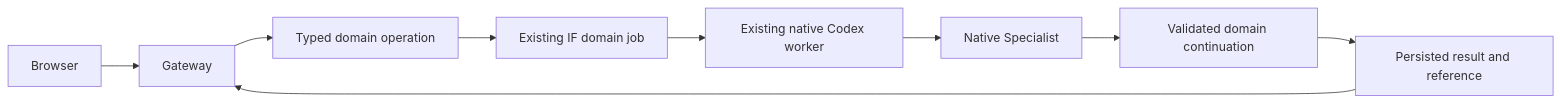
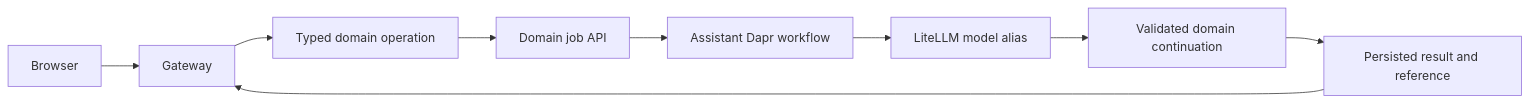
Before and after one commit to PierreStephaneVoltaire/ai-powerlifting: diagram 13 of 13 in docs/ARCHITECTURE.md, drawn with Mermaid. The commit also changed other lines of this file and 114 other files, not shown here.

````diff
--- a/docs/ARCHITECTURE.md
+++ b/docs/ARCHITECTURE.md
@@ -846,11 +841,11 @@
 ```mermaid
 flowchart LR
   Browser --> Gateway
   Gateway --> Domain[Typed domain operation]
-  Domain --> Job[Existing IF domain job]
-  Job --> Worker[Existing native Codex worker]
-  Worker --> Specialist[Native Specialist]
-  Specialist --> Resume[Validated domain continuation]
+  Domain --> Job[Domain job API]
+  Job --> Worker[Assistant Dapr workflow]
+  Worker --> Model[LiteLLM model alias]
+  Model --> Resume[Validated domain continuation]
   Resume --> Result[Persisted result and reference]
   Result --> Gateway
 ```
````
